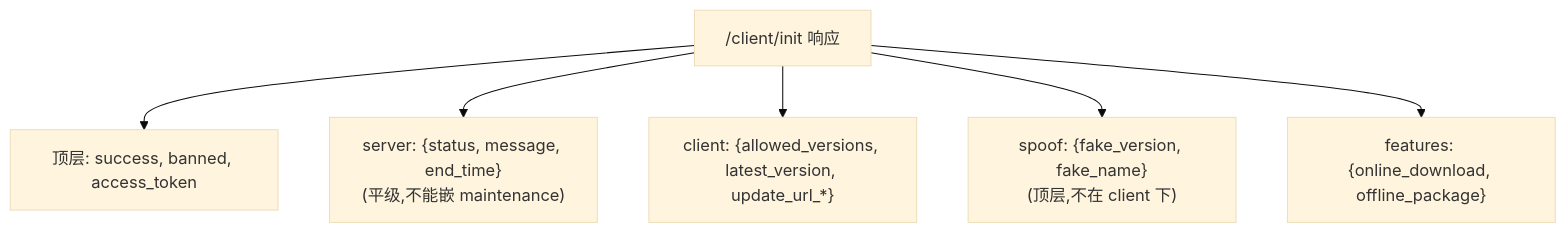
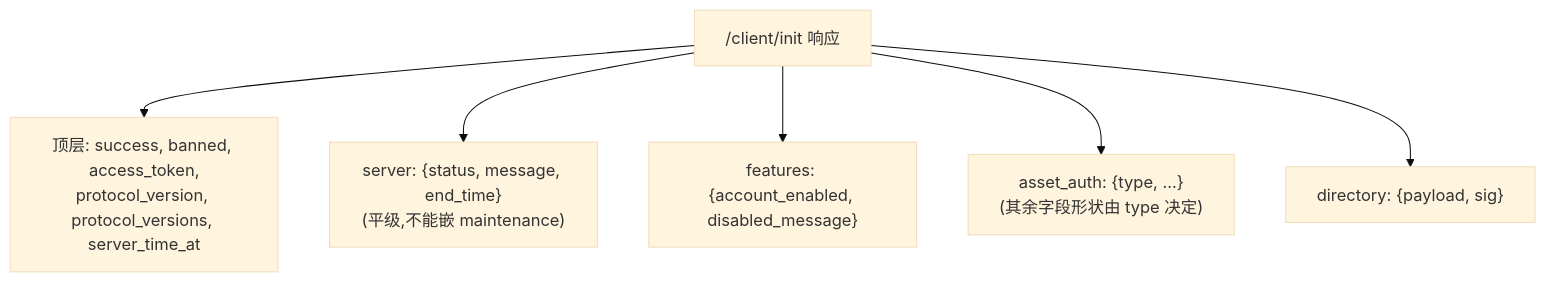
The fourth of 5 diagrams in docs/contributing/protocol-fidelity.md (MagirecoCN-Revival-Project/magireco-cnv-server), drawn with Mermaid (base theme) before and after one commit. The commit also changed other lines of this file and 32 other files, not shown here.

````diff
--- a/docs/contributing/protocol-fidelity.md
+++ b/docs/contributing/protocol-fidelity.md
@@ -93,9 +109,9 @@
 ```mermaid
 flowchart TB
     R["/client/init 响应"]
-    R --> TOP["顶层: success, banned, access_token"]
+    R --> TOP["顶层: success, banned, access_token,<br/>protocol_version, protocol_versions, server_time_at"]
     R --> SRV["server: {status, message, end_time}<br/>(平级,不能嵌 maintenance)"]
-    R --> CLI["client: {allowed_versions, latest_version, update_url_*}"]
-    R --> SPF["spoof: {fake_version, fake_name}<br/>(顶层,不在 client 下)"]
-    R --> FEA["features: {online_download, offline_package}"]
+    R --> FEA["features: {account_enabled, disabled_message}"]
+    R --> AA["asset_auth: {type, ...}<br/>(其余字段形状由 type 决定)"]
+    R --> DIR["directory: {payload, sig}"]
 ```
````
